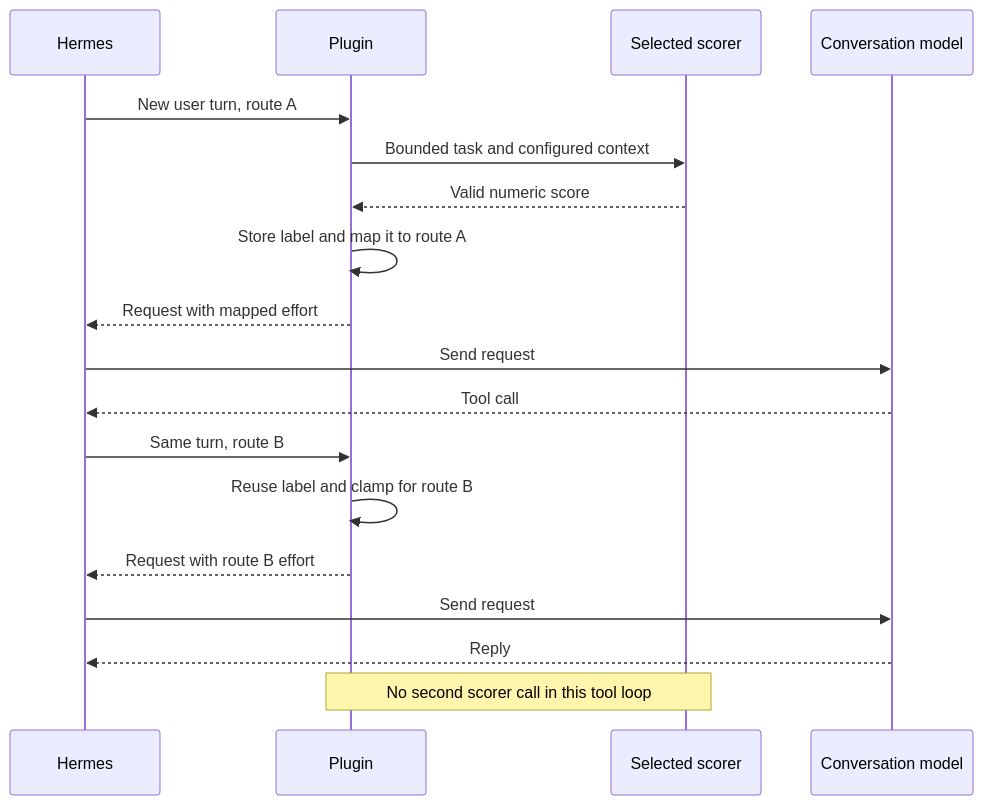
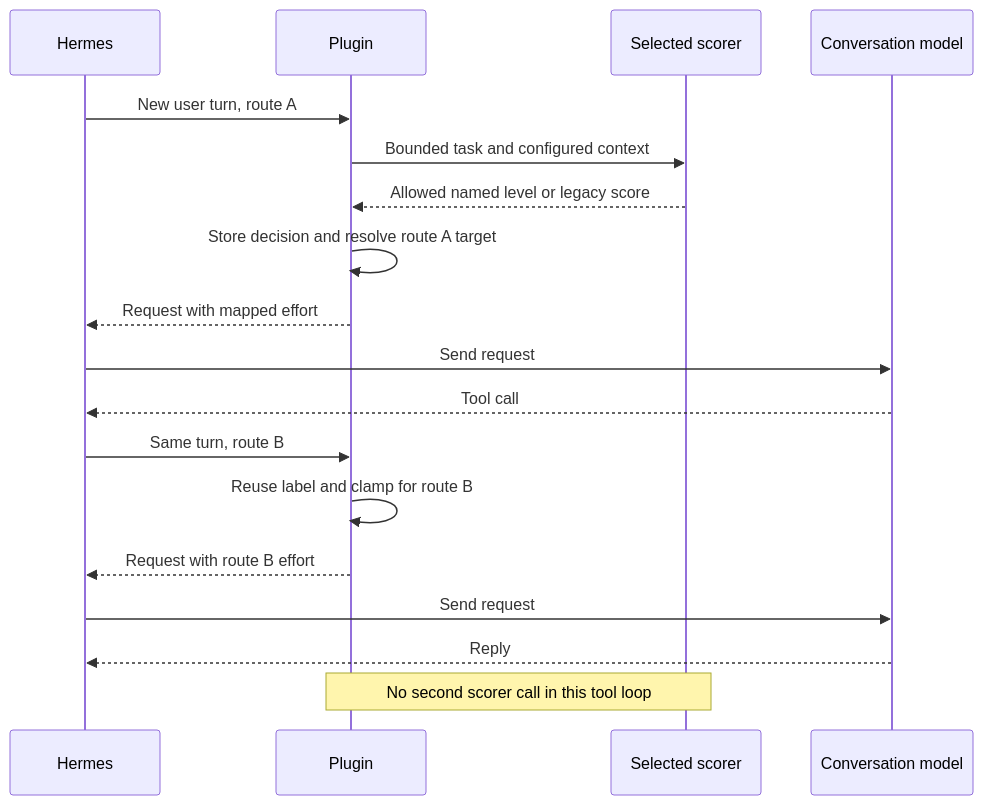
The diagram in docs/CONTRACTS.md (atostivint/hermes-adaptive-effort), drawn with Mermaid before and after one commit. The commit also changed other lines of this file and 100 other files, not shown here.

````diff
--- a/docs/CONTRACTS.md
+++ b/docs/CONTRACTS.md
@@ -28,20 +28,20 @@
 ```mermaid
 sequenceDiagram
     participant H as Hermes
     participant P as Plugin
     participant S as Selected scorer
     participant M as Conversation model
     H->>P: New user turn, route A
     P->>S: Bounded task and configured context
-    S-->>P: Valid numeric score
-    P->>P: Store label and map it to route A
+    S-->>P: Allowed named level or legacy score
+    P->>P: Store decision and resolve route A target
     P-->>H: Request with mapped effort
     H->>M: Send request
     M-->>H: Tool call
     H->>P: Same turn, route B
     P->>P: Reuse label and clamp for route B
     P-->>H: Request with route B effort
     H->>M: Send request
     M-->>H: Reply
     Note over P,S: No second scorer call in this tool loop
 ```
````
